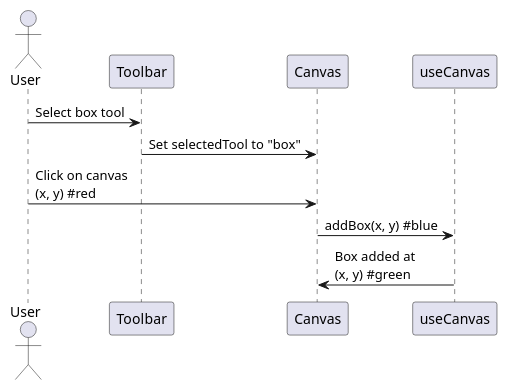
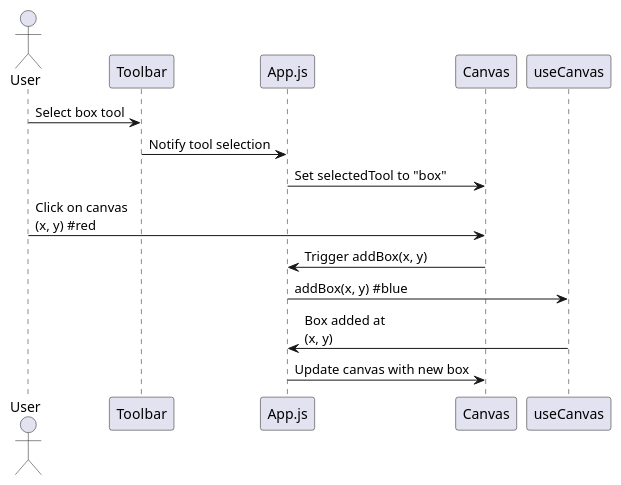
One commit to proyectosingenieriauninorte/ComponentEditor changed the first of 3 diagrams in README.md. Above: the diagram before and after it, drawn with PlantUML. The commit also changed other lines of this file and 1 other file, not shown here.

````diff
--- a/README.md
+++ b/README.md
@@ -20,14 +20,18 @@
 ```plantuml
 @startuml
 actor User
 participant Toolbar
+participant App as "App.js"
 participant Canvas
 participant Hook as "useCanvas"
 
 User -> Toolbar: Select box tool
-Toolbar -> Canvas: Set selectedTool to "box"
+Toolbar -> App: Notify tool selection
+App -> Canvas: Set selectedTool to "box"
 User -> Canvas: Click on canvas\n(x, y) #red
-Canvas -> Hook: addBox(x, y) #blue
-Hook -> Canvas: Box added at\n(x, y) #green
+Canvas -> App: Trigger addBox(x, y)
+App -> Hook: addBox(x, y) #blue
+Hook -> App: Box added at\n(x, y)
+App -> Canvas: Update canvas with new box
 @enduml
 ```
````
